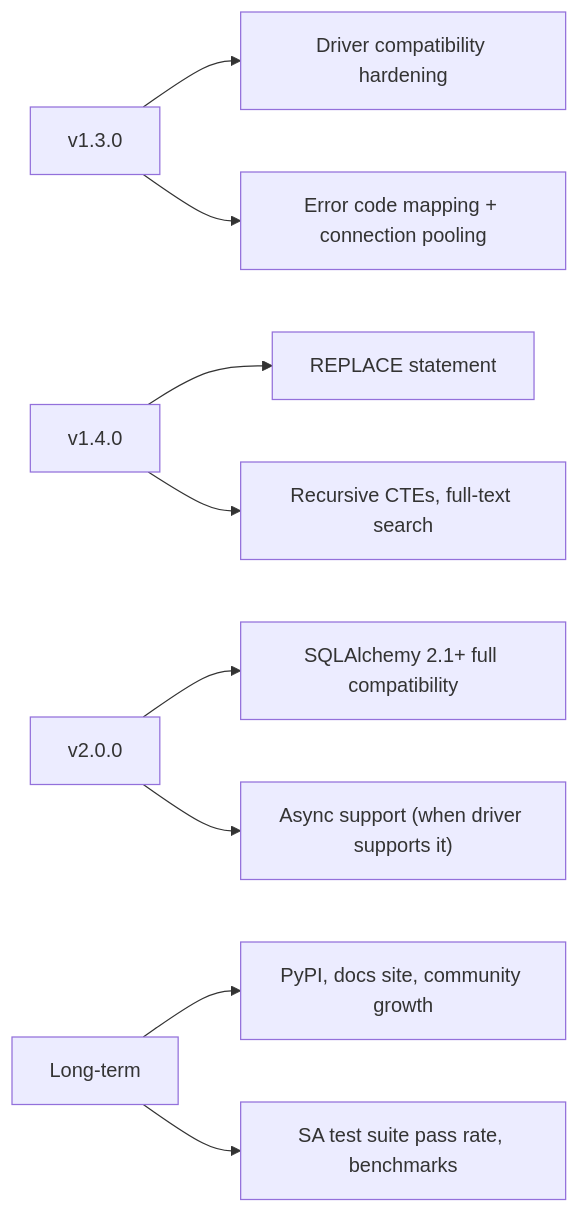
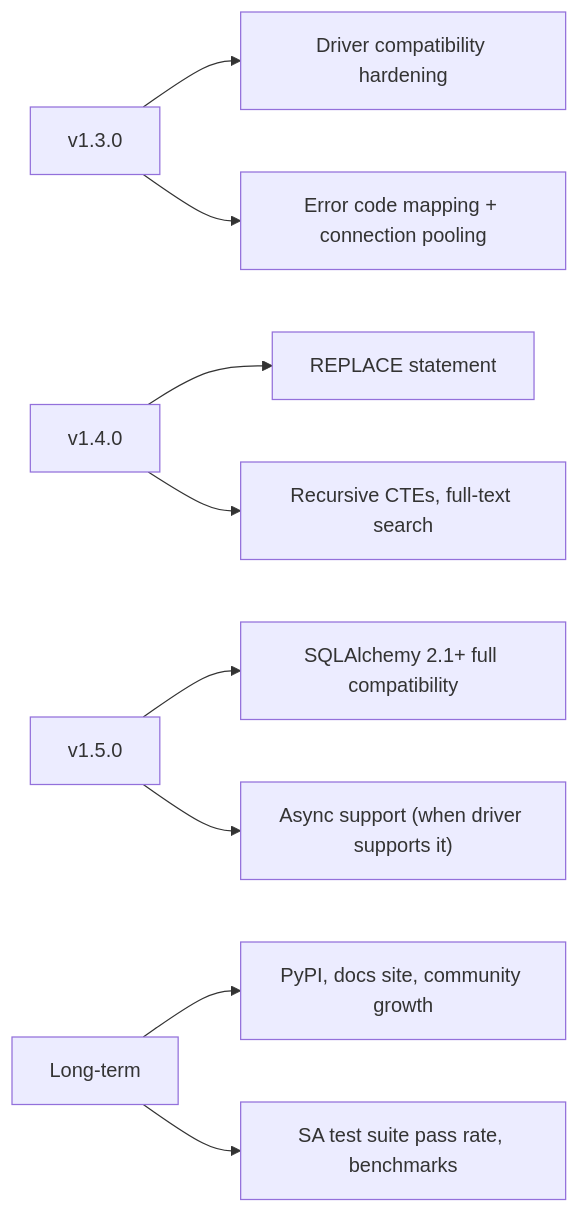
One commit to cubrid-labs/sqlalchemy-cubrid changed the second of 2 diagrams in docs/PRD.md. Above: the diagram before and after it, drawn with Mermaid. The commit also changed other lines of this file and 6 other files, not shown here.

````diff
--- a/docs/PRD.md
+++ b/docs/PRD.md
@@ -407,14 +407,14 @@
 ```mermaid
 graph LR
     v130["v1.3.0"] --> v130a["Driver compatibility hardening"]
     v130 --> v130b["Error code mapping + connection pooling"]
 
     v140["v1.4.0"] --> v140a["REPLACE statement"]
     v140 --> v140b["Recursive CTEs, full-text search"]
 
-    v200["v2.0.0"] --> v200a["SQLAlchemy 2.1+ full compatibility"]
+    v200["v1.5.0"] --> v200a["SQLAlchemy 2.1+ full compatibility"]
     v200 --> v200b["Async support (when driver supports it)"]
 
     longterm["Long-term"] --> longa["PyPI, docs site, community growth"]
     longterm --> longb["SA test suite pass rate, benchmarks"]
 ```
````
